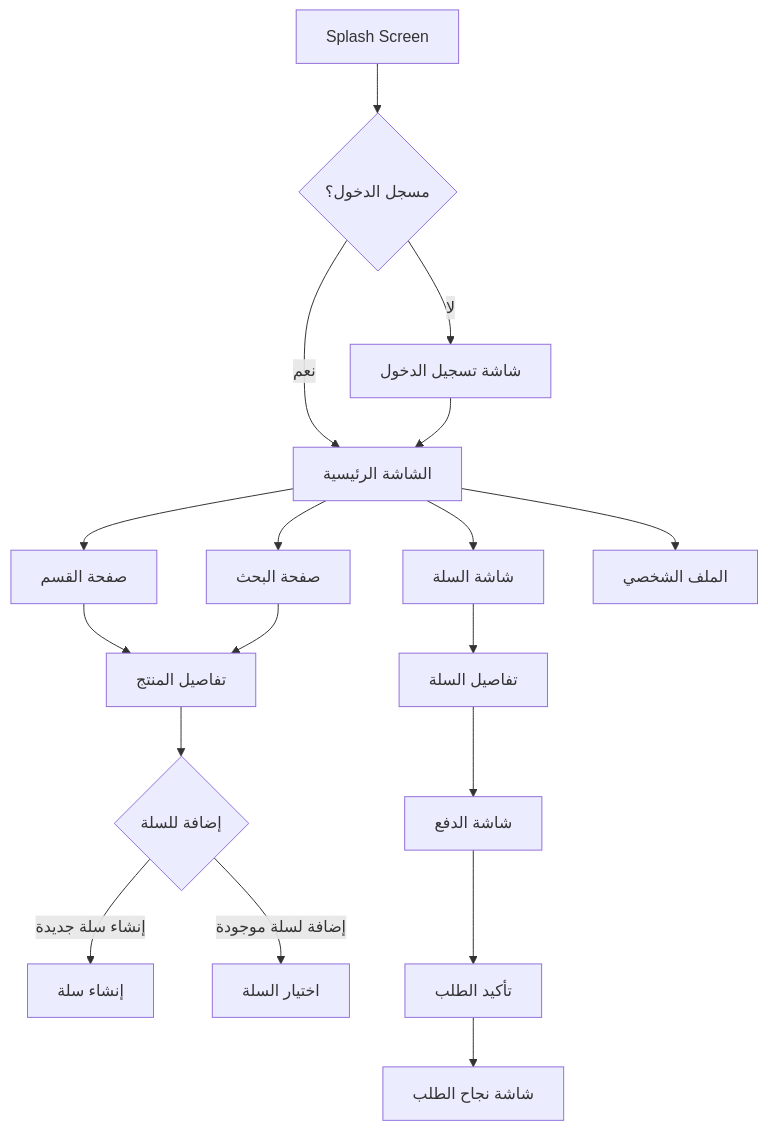
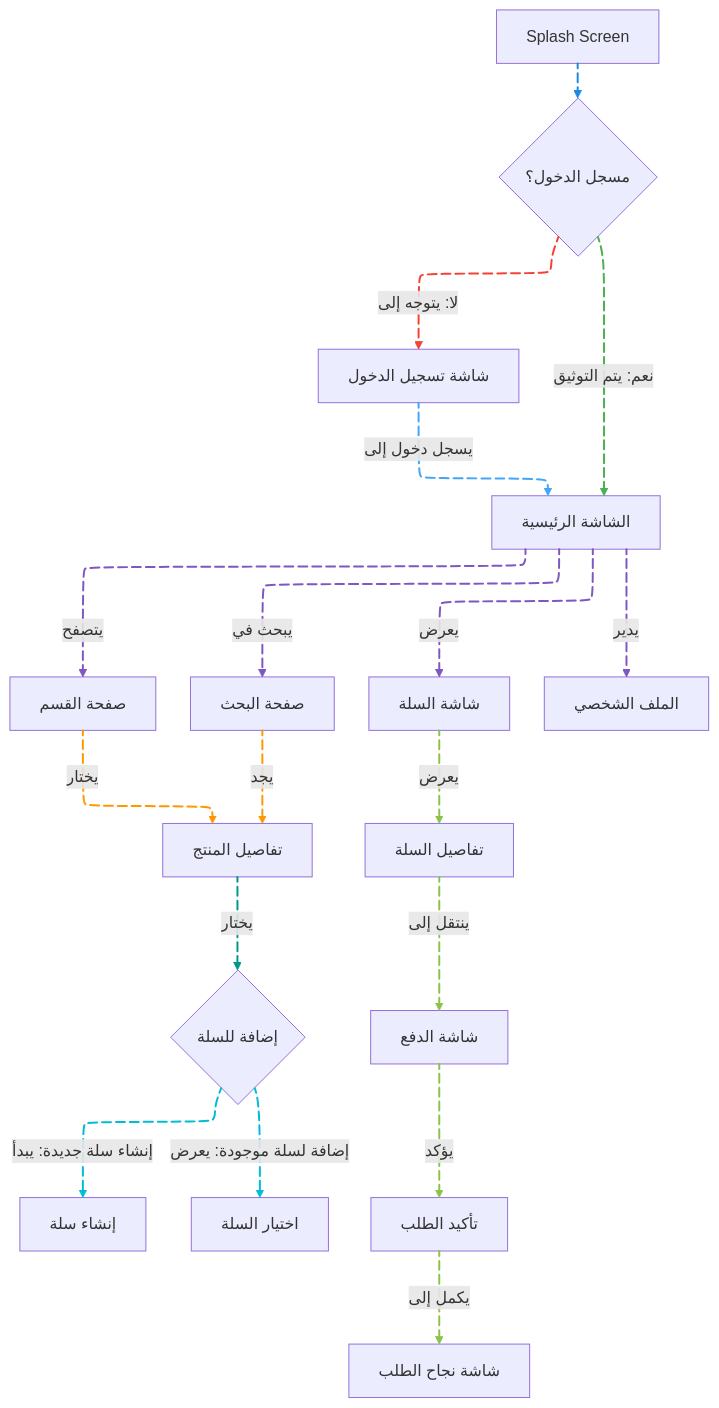
One commit to GeniusSystems24/genius_store changed the first of 3 diagrams in README-ar.md. Above: the diagram before and after it, drawn with Mermaid. The commit also changed other lines of this file and 60 other files, not shown here.

Commit message:
- add animations to diagrams.

````diff
--- a/README-ar.md
+++ b/README-ar.md
@@ -124,24 +124,65 @@
 ```mermaid
+---
+config:
+  look: classic
+  layout: elk
+---
 flowchart TD
-    A[Splash Screen] --> B{مسجل الدخول؟}
-    B -->|نعم| C[الشاشة الرئيسية]
-    B -->|لا| D[شاشة تسجيل الدخول]
-    D --> C
+    A[Splash Screen] L_A_B_0@--> B{مسجل الدخول؟}
+    B L_B_C_0@-->|نعم: يتم التوثيق| C[الشاشة الرئيسية]
+    B L_B_D_0@-->|لا: يتوجه إلى| D[شاشة تسجيل الدخول]
+    D L_D_C_0@--> |يسجل دخول إلى| C
     
-    C --> E[صفحة القسم]
-    C --> F[صفحة البحث]
-    C --> G[شاشة السلة]
-    C --> H[الملف الشخصي]
+    C L_C_E_0@--> |يتصفح| E[صفحة القسم]
+    C L_C_F_0@--> |يبحث في| F[صفحة البحث]
+    C L_C_G_0@--> |يعرض| G[شاشة السلة]
+    C L_C_H_0@--> |يدير| H[الملف الشخصي]
     
-    E --> I[تفاصيل المنتج]
-    F --> I
+    E L_E_I_0@--> |يختار| I[تفاصيل المنتج]
+    F L_F_I_0@--> |يجد| I
     
-    I --> J{إضافة للسلة}
-    J -->|إنشاء سلة جديدة| K[إنشاء سلة]
-    J -->|إضافة لسلة موجودة| L[اختيار السلة]
+    I L_I_J_0@--> |يختار| J{إضافة للسلة}
+    J L_J_K_0@-->|إنشاء سلة جديدة: يبدأ| K[إنشاء سلة]
+    J L_J_L_0@-->|إضافة لسلة موجودة: يعرض| L[اختيار السلة]
     
-    G --> M[تفاصيل السلة]
-    M --> N[شاشة الدفع]
-    N --> O[تأكيد الطلب]
-    O --> P[شاشة نجاح الطلب]
+    G L_G_M_0@--> |يعرض| M[تفاصيل السلة]
+    M L_M_N_0@--> |ينتقل إلى| N[شاشة الدفع]
+    N L_N_O_0@--> |يؤكد| O[تأكيد الطلب]
+    O L_O_P_0@--> |يكمل إلى| P[شاشة نجاح الطلب]
+    
+    linkStyle 0 stroke:#1E88E5,fill:none,stroke-width:2px
+    linkStyle 1 stroke:#4CAF50,fill:none,stroke-width:2px
+    linkStyle 2 stroke:#F44336,fill:none,stroke-width:2px
+    linkStyle 3 stroke:#42A5F5,fill:none,stroke-width:2px
+    linkStyle 4 stroke:#7E57C2,fill:none,stroke-width:2px
+    linkStyle 5 stroke:#7E57C2,fill:none,stroke-width:2px
+    linkStyle 6 stroke:#7E57C2,fill:none,stroke-width:2px
+    linkStyle 7 stroke:#7E57C2,fill:none,stroke-width:2px
+    linkStyle 8 stroke:#FF9800,fill:none,stroke-width:2px
+    linkStyle 9 stroke:#FF9800,fill:none,stroke-width:2px
+    linkStyle 10 stroke:#009688,fill:none,stroke-width:2px
+    linkStyle 11 stroke:#00BCD4,fill:none,stroke-width:2px
+    linkStyle 12 stroke:#00BCD4,fill:none,stroke-width:2px
+    linkStyle 13 stroke:#8BC34A,fill:none,stroke-width:2px
+    linkStyle 14 stroke:#8BC34A,fill:none,stroke-width:2px
+    linkStyle 15 stroke:#8BC34A,fill:none,stroke-width:2px
+    linkStyle 16 stroke:#8BC34A,fill:none,stroke-width:2px
+    
+    L_A_B_0@{ animation: fast }
+    L_B_C_0@{ animation: fast }
+    L_B_D_0@{ animation: fast }
+    L_D_C_0@{ animation: fast }
+    L_C_E_0@{ animation: fast }
+    L_C_F_0@{ animation: fast }
+    L_C_G_0@{ animation: fast }
+    L_C_H_0@{ animation: fast }
+    L_E_I_0@{ animation: fast }
+    L_F_I_0@{ animation: fast }
+    L_I_J_0@{ animation: fast }
+    L_J_K_0@{ animation: fast }
+    L_J_L_0@{ animation: fast }
+    L_G_M_0@{ animation: fast }
+    L_M_N_0@{ animation: fast }
+    L_N_O_0@{ animation: fast }
+    L_O_P_0@{ animation: fast }
 ```
````
